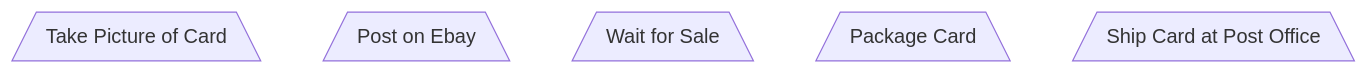
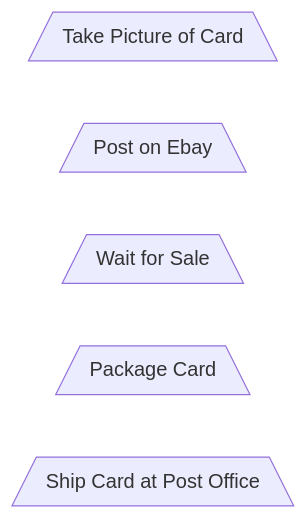
The diagram in Diagram.md (1900nudy/Labs), drawn with Mermaid before and after one commit.

````diff
--- a/Diagram.md
+++ b/Diagram.md
@@ -1,11 +1,11 @@
 ```mermaid
-flowchart TD
+flowchart LR
      A[/Take Picture of Card\]
      B[/Post on Ebay\]
      C[/Wait for Sale\]
      D[/Package Card\]
      E[/Ship Card at Post Office\]
 
      
 
 ```
````
